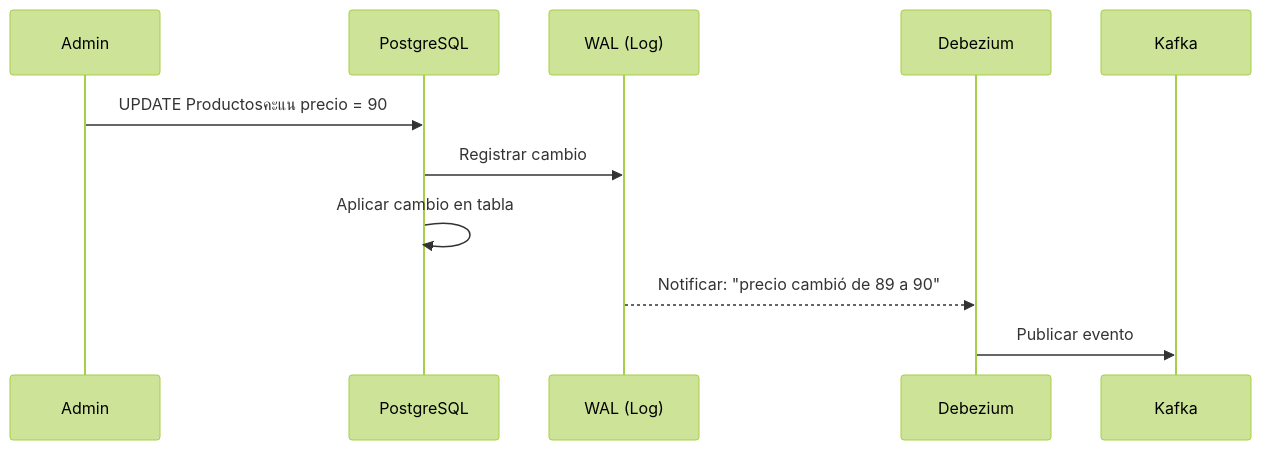
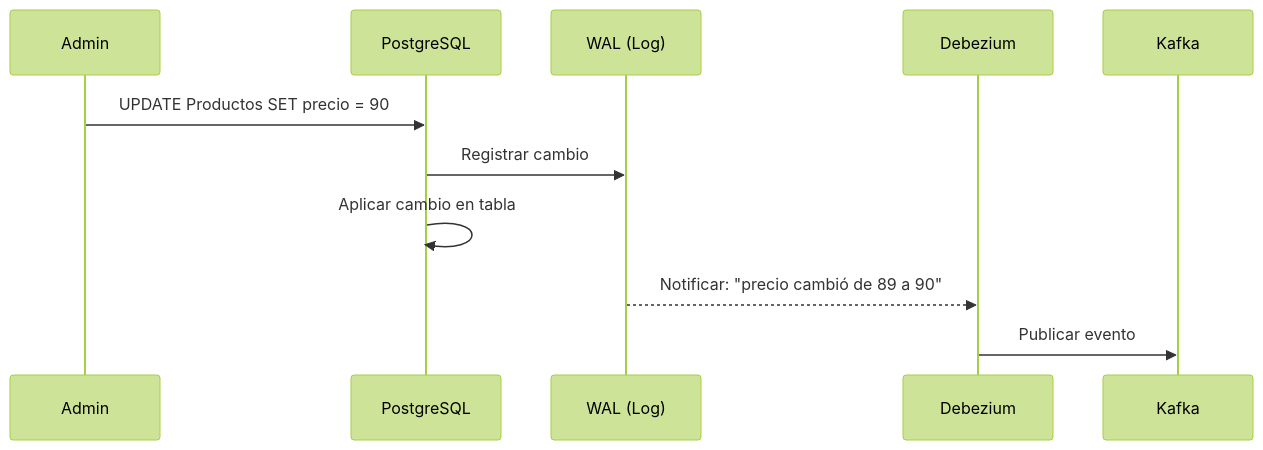
One commit to joseluisgs/DesarrolloWebEntornosServidor-02-2026-2027 changed diagram 16 of 19 in 30-cqrs-mediator.md. Above: the diagram before and after it, drawn with Mermaid (forest theme). The commit also changed other lines of this file and 33 other files, not shown here.

````diff
--- a/30-cqrs-mediator.md
+++ b/30-cqrs-mediator.md
@@ -911,14 +903,14 @@
 ```mermaid
 sequenceDiagram
     participant Admin as Admin
     participant SQL as PostgreSQL
     participant WAL as WAL (Log)
     participant CDC as Debezium
     participant Kafka as Kafka
 
-    Admin->>SQL: UPDATE Productosคะแน precio = 90
+    Admin->>SQL: UPDATE Productos SET precio = 90
     SQL->>WAL: Registrar cambio
     SQL->>SQL: Aplicar cambio en tabla
     WAL-->>CDC: Notificar: "precio cambió de 89 a 90"
     CDC->>Kafka: Publicar evento
 ```
````
